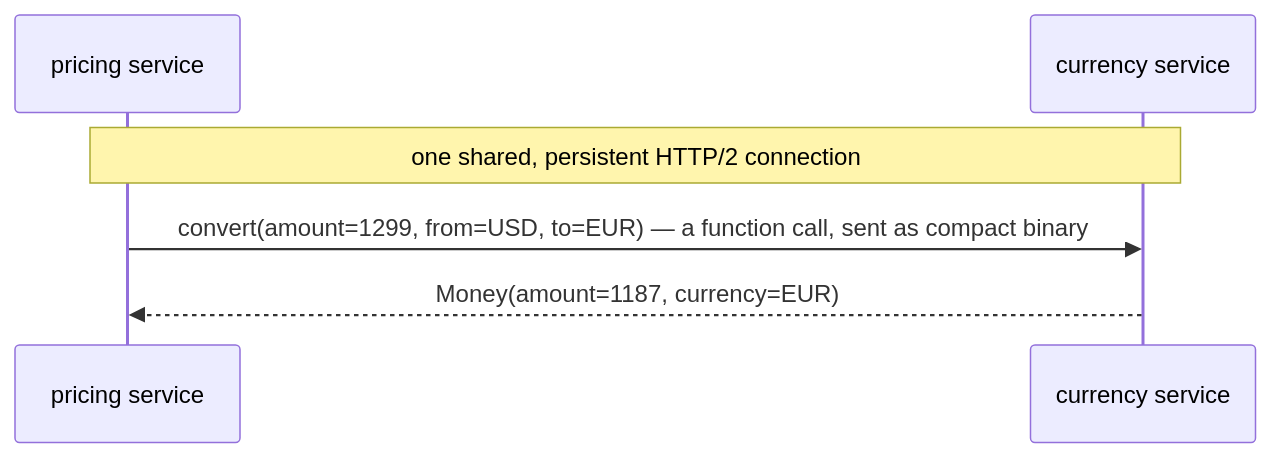
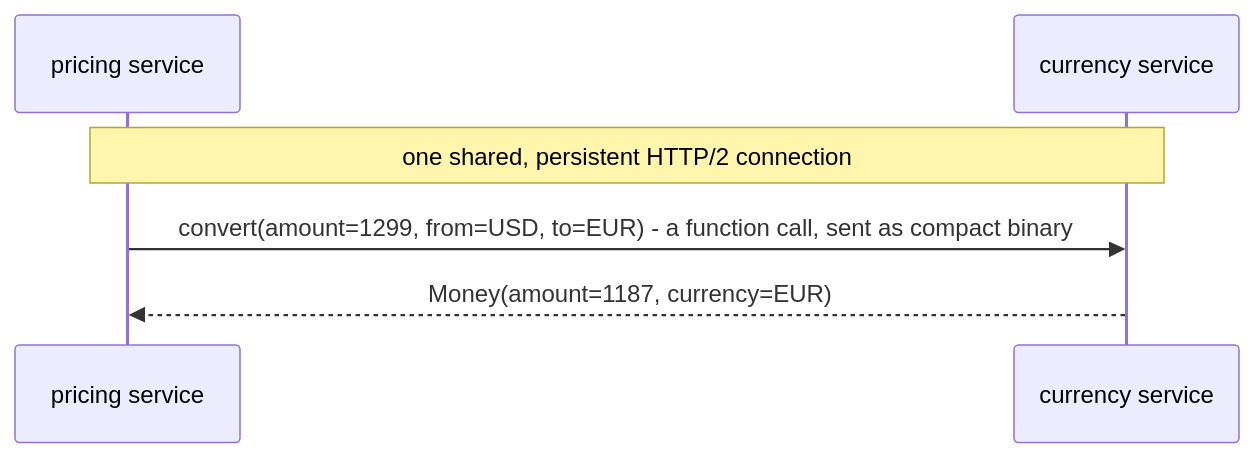
The second of 2 diagrams in guides/apis/grpc-explained/01-the-problem-grpc-solves.md (Topurrra/themissingmanual), drawn with Mermaid before and after one commit. The commit also changed other lines of this file and 1009 other files, not shown here.

````diff
--- a/guides/apis/grpc-explained/01-the-problem-grpc-solves.md
+++ b/guides/apis/grpc-explained/01-the-problem-grpc-solves.md
@@ -103,8 +103,8 @@
 ```mermaid
 sequenceDiagram
   participant Pricing as pricing service
   participant Currency as currency service
   Note over Pricing,Currency: one shared, persistent HTTP/2 connection
-  Pricing->>Currency: convert(amount=1299, from=USD, to=EUR) — a function call, sent as compact binary
+  Pricing->>Currency: convert(amount=1299, from=USD, to=EUR) - a function call, sent as compact binary
   Currency-->>Pricing: Money(amount=1187, currency=EUR)
 ```
````
